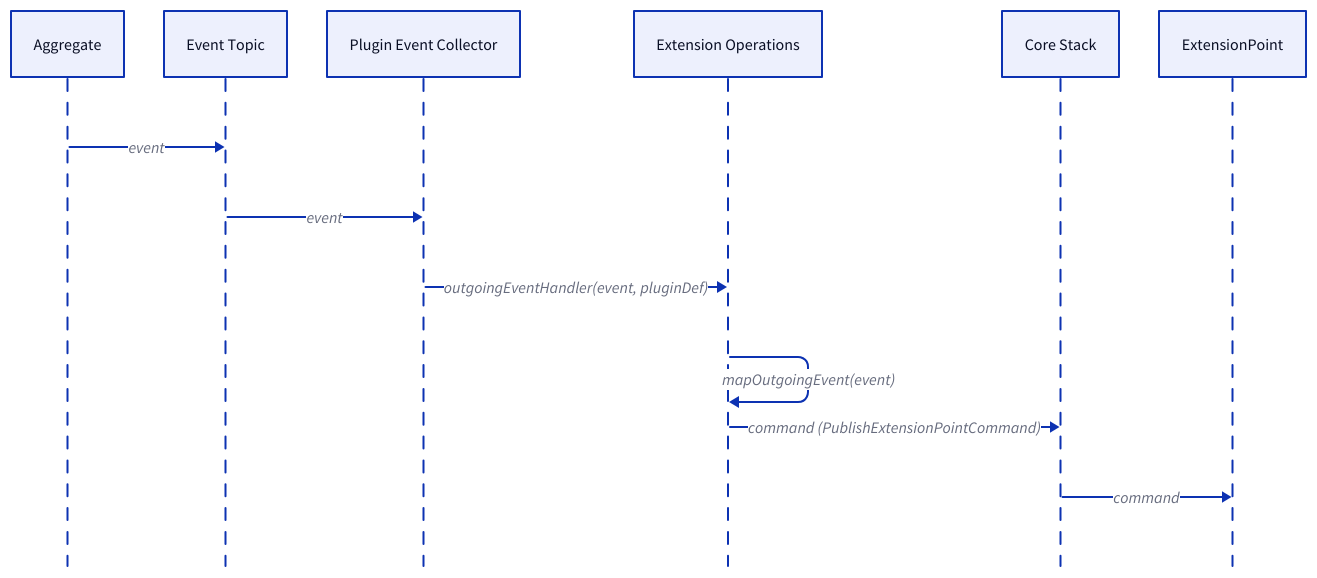
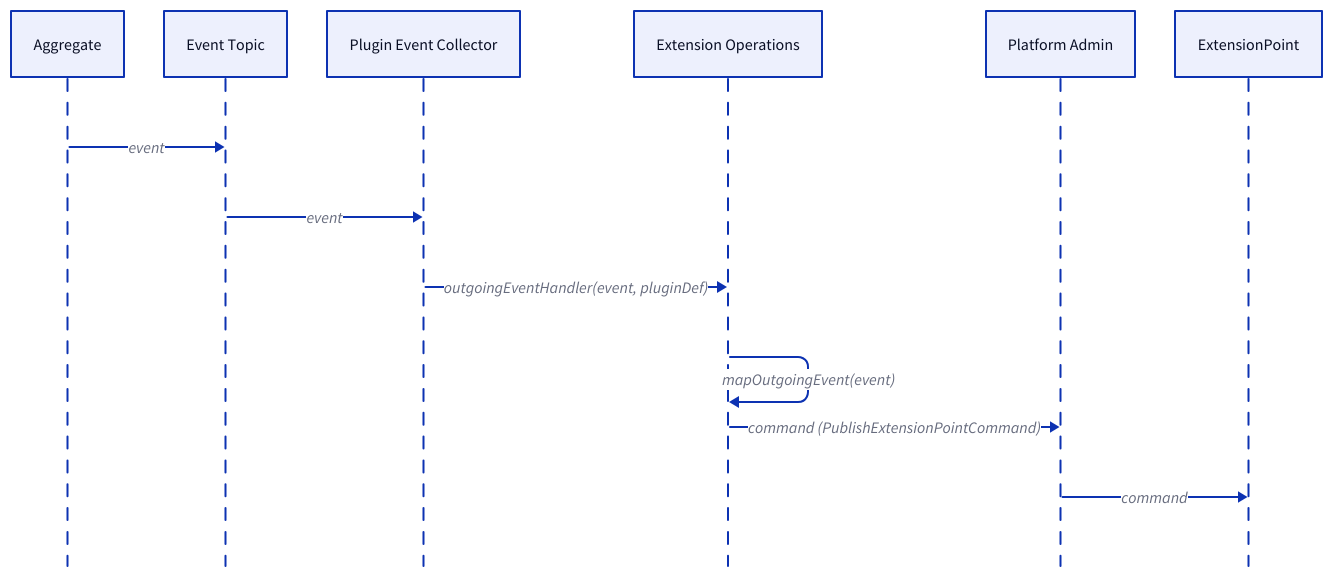
One commit to ReventlessDev/reventless-core changed the fourth of 4 diagrams in packages/doc/docs-app/components/extension.md. Above: the diagram before and after it, drawn with D2. The commit also changed other lines of this file and 92 other files, not shown here.

````diff
--- a/packages/doc/docs-app/components/extension.md
+++ b/packages/doc/docs-app/components/extension.md
@@ -371,17 +371,17 @@
 ```d2
 shape: sequence_diagram
 
 Agg: Aggregate { class: aggregate }
 ET: Event Topic { class: event-topic }
 EC: Plugin Event Collector { class: event-collector }
 ExtOps: Extension Operations { class: extension }
-CoreStack: Core Stack { class: external-system }
+Admin: Platform Admin { class: external-system }
 EP: ExtensionPoint { class: extension-point }
 
 Agg -> ET: event
 ET -> EC: event
 EC -> ExtOps: "outgoingEventHandler(event, pluginDef)"
 ExtOps -> ExtOps: "mapOutgoingEvent(event)"
-ExtOps -> CoreStack: "command (PublishExtensionPointCommand)"
-CoreStack -> EP: command
+ExtOps -> Admin: "command (PublishExtensionPointCommand)"
+Admin -> EP: command
 ```
````
